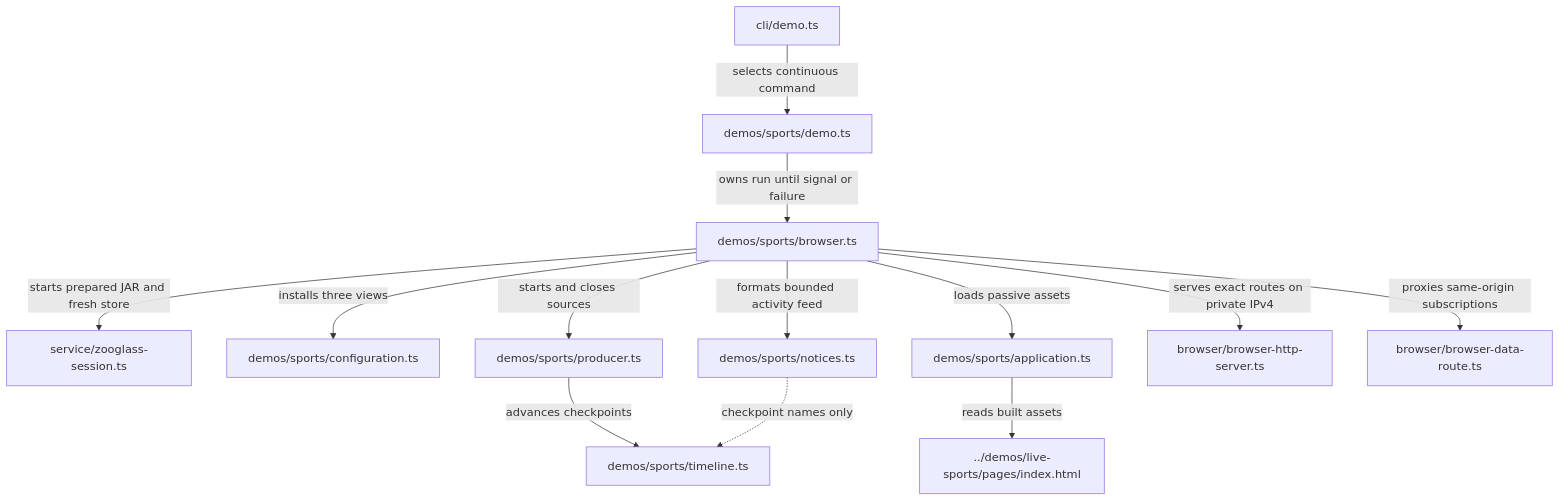
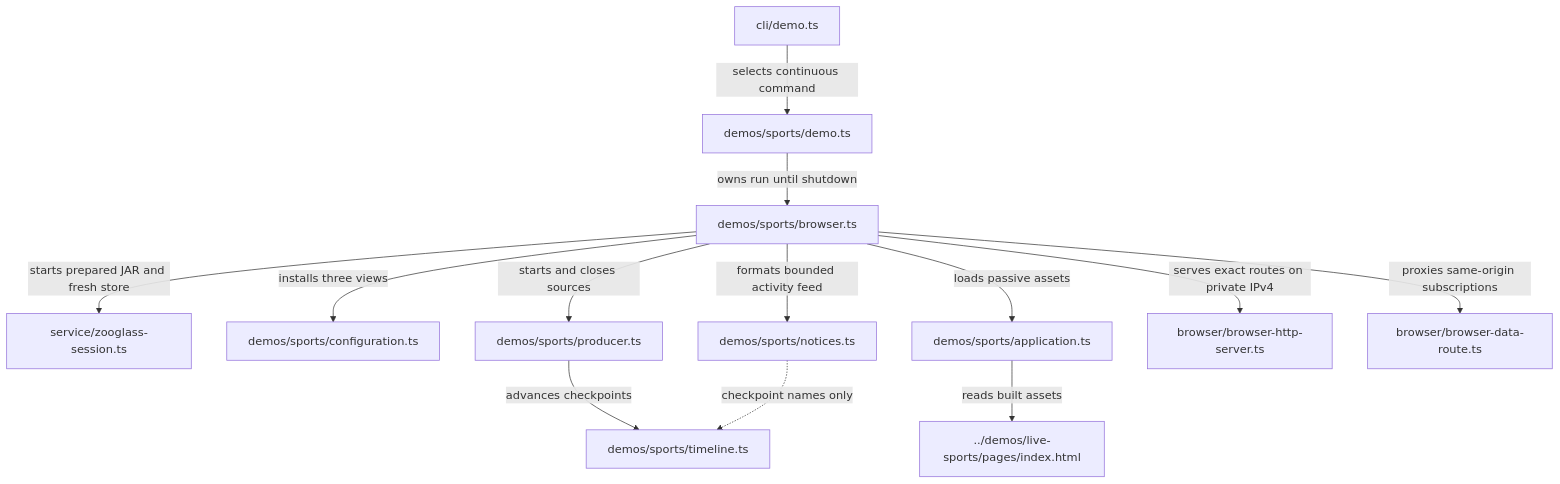
Before and after one commit to sproates/zooglass: diagram 13 of 13 in workbench/docs/source-map.md, drawn with Mermaid. The commit also changed other lines of this file and 3 other files, not shown here.

Commit message:
Keep failed Sports runs visible until shutdown

````diff
--- a/workbench/docs/source-map.md
+++ b/workbench/docs/source-map.md
@@ -545,15 +545,15 @@
 ```mermaid
 flowchart TB
   dispatch["cli/demo.ts"] -->|selects continuous command| demo["demos/sports/demo.ts"]
-  demo -->|owns run until signal or failure| browser["demos/sports/browser.ts"]
+  demo -->|owns run until shutdown| browser["demos/sports/browser.ts"]
   browser -->|starts prepared JAR and fresh store| service["service/zooglass-session.ts"]
   browser -->|installs three views| config["demos/sports/configuration.ts"]
   browser -->|starts and closes sources| producer["demos/sports/producer.ts"]
   browser -->|formats bounded activity feed| notices["demos/sports/notices.ts"]
   browser -->|loads passive assets| app["demos/sports/application.ts"]
   browser -->|serves exact routes on private IPv4| host["browser/browser-http-server.ts"]
   browser -->|proxies same-origin subscriptions| route["browser/browser-data-route.ts"]
   app -->|reads built assets| page["../demos/live-sports/pages/index.html"]
   producer -->|advances checkpoints| timeline["demos/sports/timeline.ts"]
   notices -.->|checkpoint names only| timeline
 ```
````
